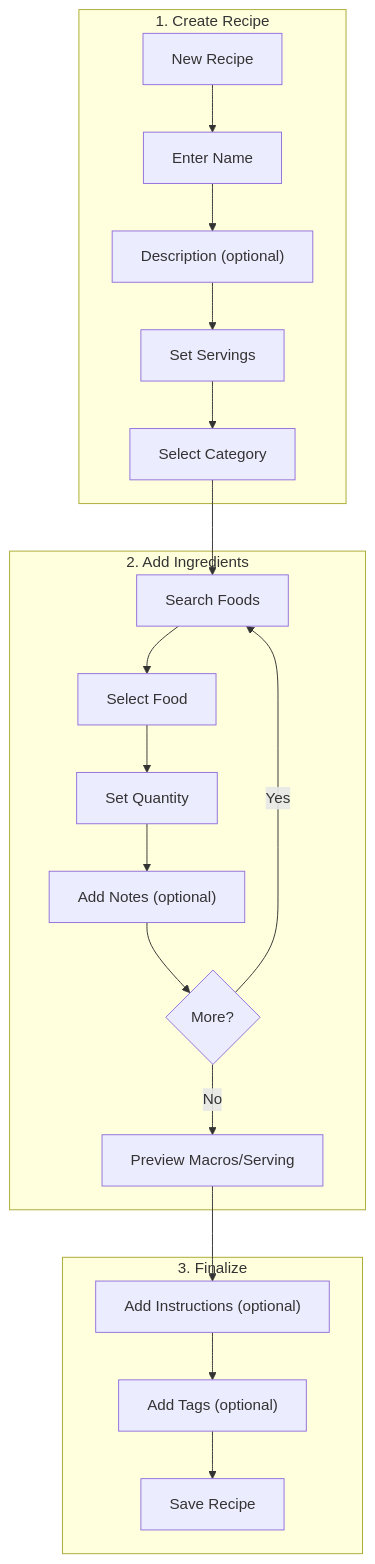
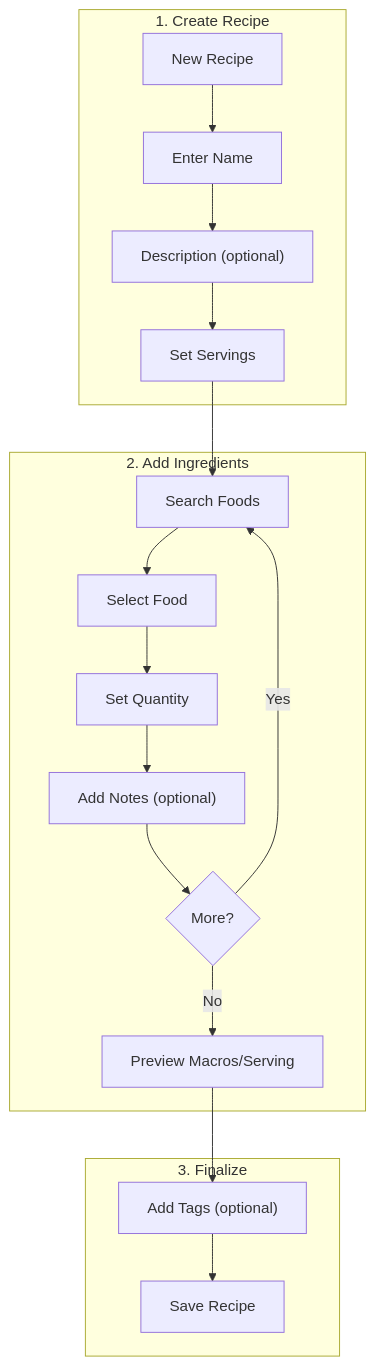
Diagram 13 of 26 in doc/recipes-design.md (TimothyYao/meal-planning), drawn with Mermaid before and after one commit. The commit also changed other lines of this file, not shown here.

````diff
--- a/doc/recipes-design.md
+++ b/doc/recipes-design.md
@@ -442,26 +436,24 @@
 ```mermaid
 flowchart TB
     subgraph Phase1["1. Create Recipe"]
         Start["New Recipe"] --> Name["Enter Name"]
         Name --> Desc["Description (optional)"]
         Desc --> Servings["Set Servings"]
-        Servings --> Category["Select Category"]
     end
     
     subgraph Phase2["2. Add Ingredients"]
-        Category --> SearchFood["Search Foods"]
+        Servings --> SearchFood["Search Foods"]
         SearchFood --> SelectFood["Select Food"]
         SelectFood --> SetQty["Set Quantity"]
         SetQty --> Notes["Add Notes (optional)"]
         Notes --> More{"More?"}
         More -->|Yes| SearchFood
         More -->|No| Preview
     end
     
     subgraph Phase3["3. Finalize"]
         Preview["Preview Macros/Serving"]
-        Preview --> Instructions["Add Instructions (optional)"]
-        Instructions --> Tags["Add Tags (optional)"]
+        Preview --> Tags["Add Tags (optional)"]
         Tags --> Save["Save Recipe"]
     end
 ```
````
